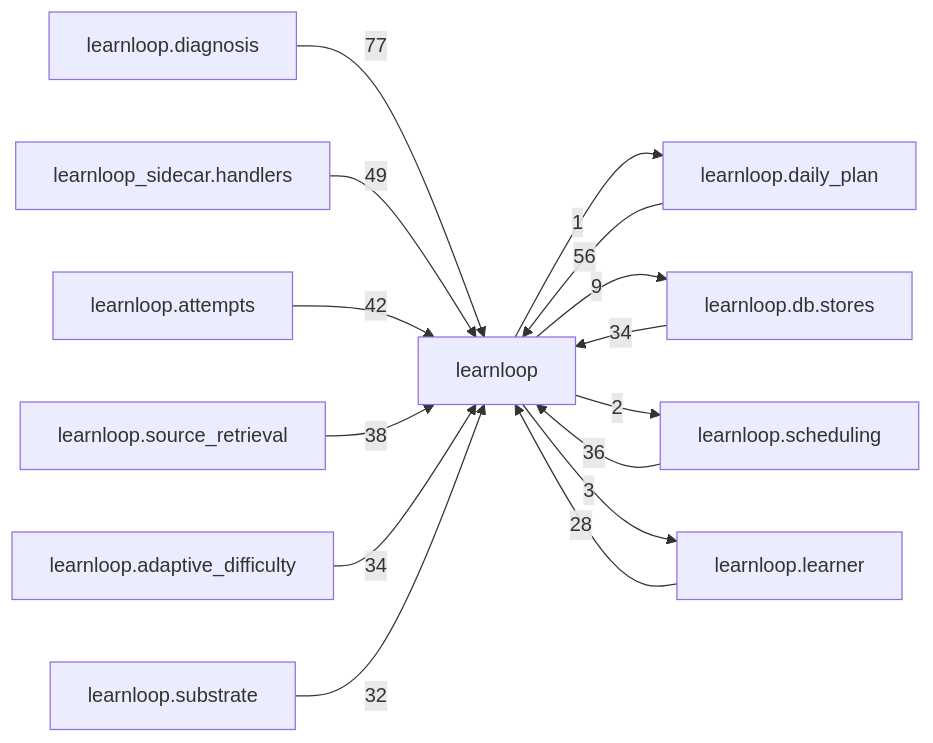
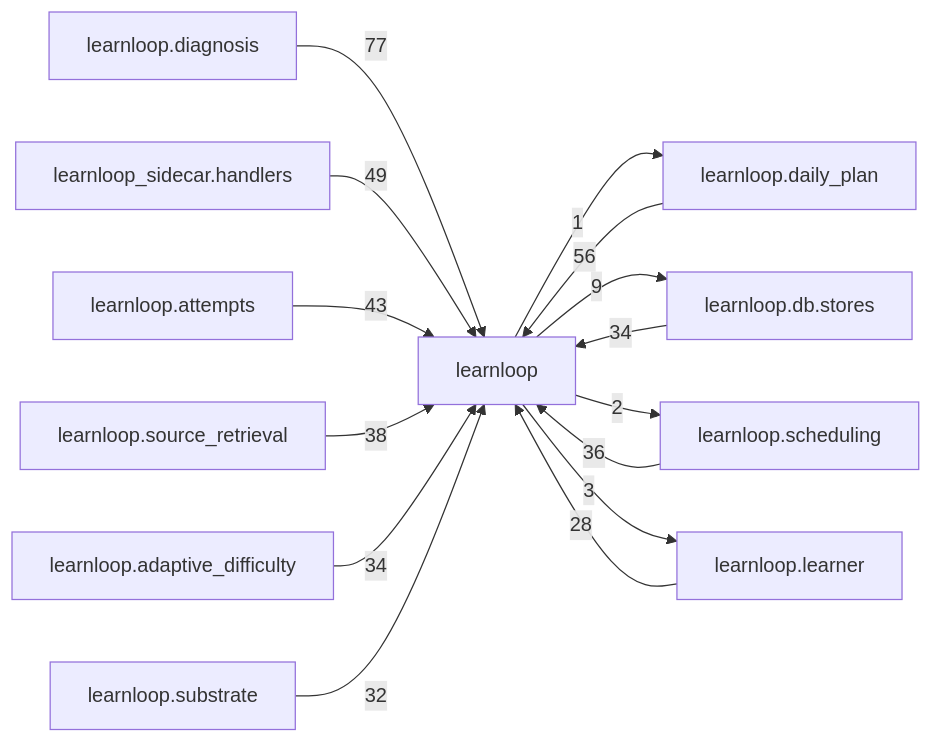
The diagram in docs/learnloop-architecture-vault/Reference/Modules/learnloop/_package.md (6up-b/learnanything), drawn with Mermaid before and after one commit. The commit also changed other lines of this file and 41 other files, not shown here.

````diff
--- a/docs/learnloop-architecture-vault/Reference/Modules/learnloop/_package.md
+++ b/docs/learnloop-architecture-vault/Reference/Modules/learnloop/_package.md
@@ -259,28 +259,28 @@
 ```mermaid
 flowchart LR
     center["learnloop"]
     n_learnloop_diagnosis["learnloop.diagnosis"]
     n_learnloop_daily_plan["learnloop.daily_plan"]
     n_learnloop_sidecar_handlers["learnloop_sidecar.handlers"]
+    n_learnloop_attempts["learnloop.attempts"]
     n_learnloop_db_stores["learnloop.db.stores"]
-    n_learnloop_attempts["learnloop.attempts"]
     n_learnloop_scheduling["learnloop.scheduling"]
     n_learnloop_source_retrieval["learnloop.source_retrieval"]
     n_learnloop_adaptive_difficulty["learnloop.adaptive_difficulty"]
     n_learnloop_substrate["learnloop.substrate"]
     n_learnloop_learner["learnloop.learner"]
     n_learnloop_diagnosis -->|77| center
     n_learnloop_daily_plan -->|56| center
     center -->|1| n_learnloop_daily_plan
     n_learnloop_sidecar_handlers -->|49| center
+    n_learnloop_attempts -->|43| center
     n_learnloop_db_stores -->|34| center
     center -->|9| n_learnloop_db_stores
-    n_learnloop_attempts -->|42| center
     n_learnloop_scheduling -->|36| center
     center -->|2| n_learnloop_scheduling
     n_learnloop_source_retrieval -->|38| center
     n_learnloop_adaptive_difficulty -->|34| center
     n_learnloop_substrate -->|32| center
     n_learnloop_learner -->|28| center
     center -->|3| n_learnloop_learner
 ```
````
